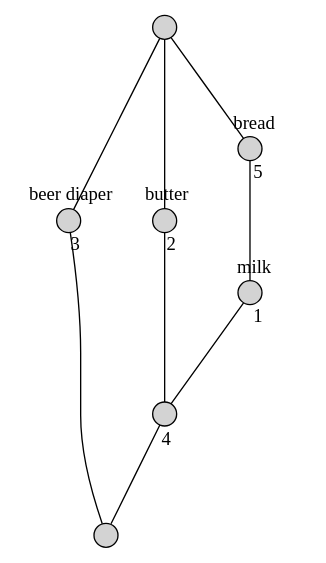
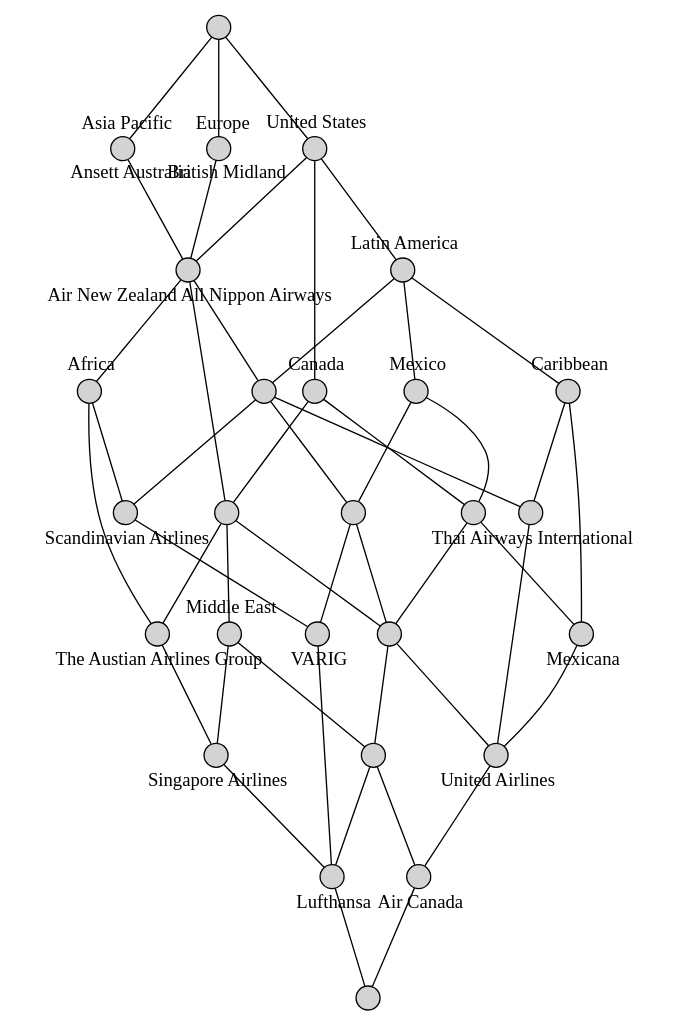
Before and after one commit to tyr1028/O3SELab: the diagram in Lattice.gv, drawn with Graphviz. The commit also changed 5 other files, not shown here.

```diff
--- a/Lattice.gv
+++ b/Lattice.gv
@@ -1,29 +1,100 @@
-// <Lattice object of 2 atoms 7 concepts 3 coatoms at 0x217a26a1b80>
+// <Lattice object of 2 atoms 27 concepts 3 coatoms at 0x2562f1c4d90>
 digraph Lattice {
 	node [label="" shape=circle style=filled width=.25]
 	edge [dir=none labeldistance=1.5 minlen=2]
 	c0
 	c1
-	c1 -> c1 [color=transparent headlabel=3 labelangle=270]
-	c1 -> c1 [color=transparent labelangle=90 taillabel="beer diaper"]
+	c1 -> c1 [color=transparent headlabel="Air Canada" labelangle=270]
 	c1 -> c0
 	c2
-	c2 -> c2 [color=transparent headlabel=4 labelangle=270]
+	c2 -> c2 [color=transparent headlabel=Lufthansa labelangle=270]
 	c2 -> c0
 	c3
-	c3 -> c3 [color=transparent headlabel=1 labelangle=270]
-	c3 -> c3 [color=transparent labelangle=90 taillabel=milk]
+	c3 -> c1
 	c3 -> c2
 	c4
-	c4 -> c4 [color=transparent headlabel=2 labelangle=270]
-	c4 -> c4 [color=transparent labelangle=90 taillabel=butter]
-	c4 -> c2
+	c4 -> c4 [color=transparent headlabel="United Airlines" labelangle=270]
+	c4 -> c1
 	c5
-	c5 -> c5 [color=transparent headlabel=5 labelangle=270]
-	c5 -> c5 [color=transparent labelangle=90 taillabel=bread]
-	c5 -> c3
+	c5 -> c5 [color=transparent headlabel="Singapore Airlines" labelangle=270]
+	c5 -> c2
 	c6
-	c6 -> c1
-	c6 -> c4
-	c6 -> c5
+	c6 -> c6 [color=transparent headlabel=VARIG labelangle=270]
+	c6 -> c2
+	c7
+	c7 -> c7 [color=transparent labelangle=90 taillabel="Middle East"]
+	c7 -> c3
+	c7 -> c5
+	c8
+	c8 -> c3
+	c8 -> c4
+	c9
+	c9 -> c9 [color=transparent headlabel=Mexicana labelangle=270]
+	c9 -> c4
+	c10
+	c10 -> c10 [color=transparent headlabel="Thai Airways International" labelangle=270]
+	c10 -> c4
+	c11
+	c11 -> c11 [color=transparent headlabel="The Austian Airlines Group" labelangle=270]
+	c11 -> c5
+	c12
+	c12 -> c12 [color=transparent headlabel="Scandinavian Airlines" labelangle=270]
+	c12 -> c6
+	c13
+	c13 -> c8
+	c13 -> c9
+	c14
+	c14 -> c6
+	c14 -> c8
+	c15
+	c15 -> c15 [color=transparent labelangle=90 taillabel=Caribbean]
+	c15 -> c9
+	c15 -> c10
+	c16
+	c16 -> c7
+	c16 -> c8
+	c16 -> c11
+	c17
+	c17 -> c17 [color=transparent labelangle=90 taillabel=Mexico]
+	c17 -> c13
+	c17 -> c14
+	c18
+	c18 -> c18 [color=transparent labelangle=90 taillabel=Africa]
+	c18 -> c11
+	c18 -> c12
+	c19
+	c19 -> c19 [color=transparent labelangle=90 taillabel=Canada]
+	c19 -> c13
+	c19 -> c16
+	c20
+	c20 -> c10
+	c20 -> c12
+	c20 -> c14
+	c21
+	c21 -> c21 [color=transparent labelangle=90 taillabel="Latin America"]
+	c21 -> c15
+	c21 -> c17
+	c21 -> c20
+	c22
+	c22 -> c22 [color=transparent headlabel="Air New Zealand All Nippon Airways" labelangle=270]
+	c22 -> c16
+	c22 -> c18
+	c22 -> c20
+	c23
+	c23 -> c23 [color=transparent headlabel="Ansett Australia" labelangle=270]
+	c23 -> c23 [color=transparent labelangle=90 taillabel="Asia Pacific"]
+	c23 -> c22
+	c24
+	c24 -> c24 [color=transparent headlabel="British Midland" labelangle=270]
+	c24 -> c24 [color=transparent labelangle=90 taillabel=Europe]
+	c24 -> c22
+	c25
+	c25 -> c25 [color=transparent labelangle=90 taillabel="United States"]
+	c25 -> c19
+	c25 -> c21
+	c25 -> c22
+	c26
+	c26 -> c23
+	c26 -> c24
+	c26 -> c25
 }
```
